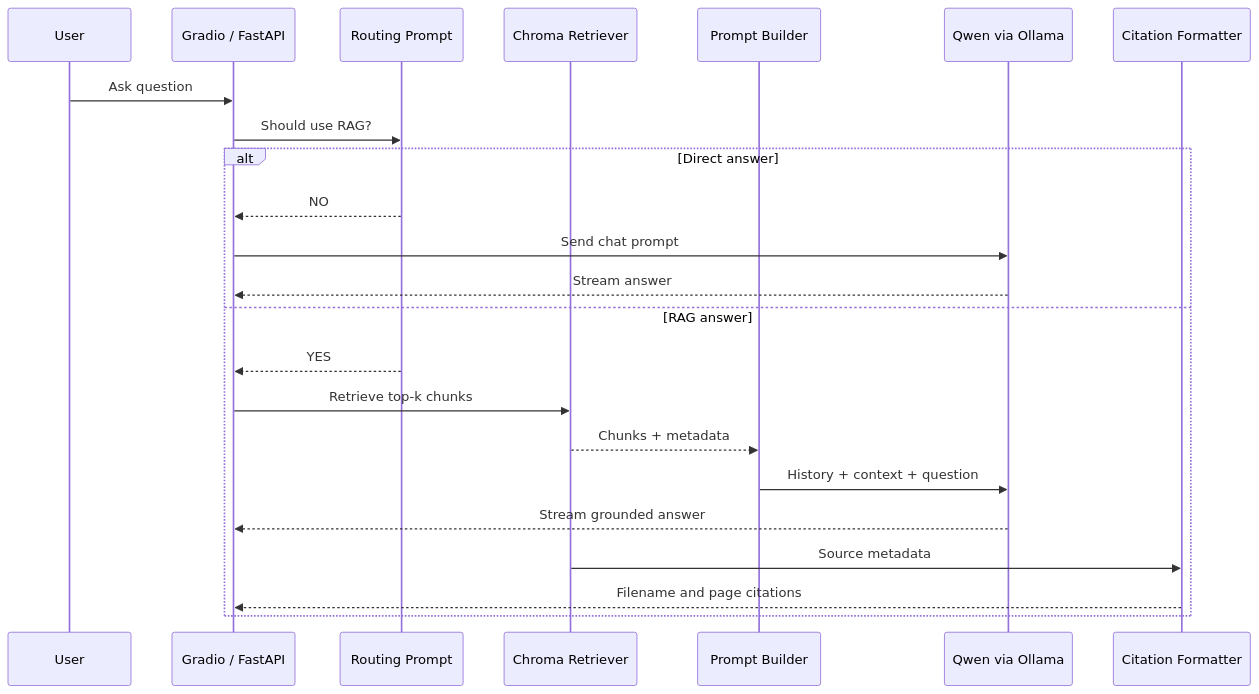
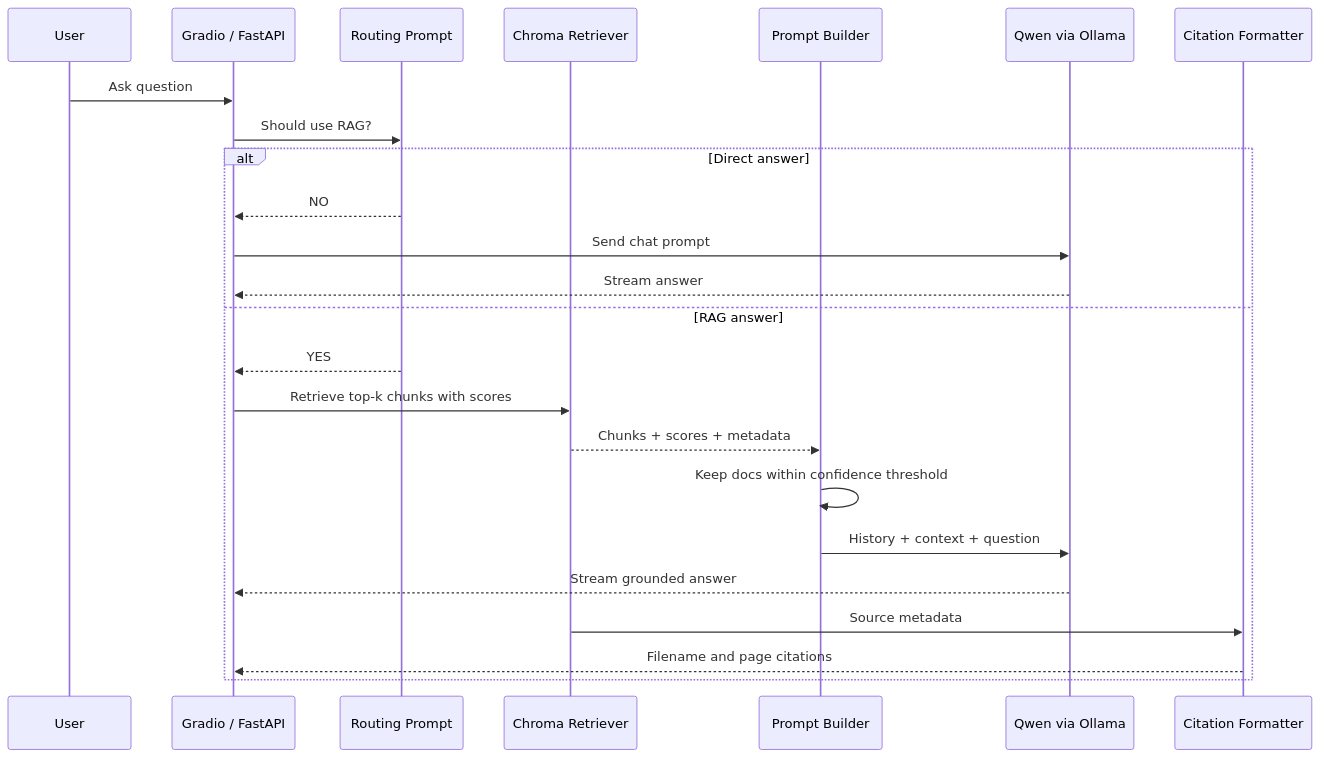
Before and after one commit to skdotv/mini-qwen-chat: the third of 3 diagrams in README.md, drawn with Mermaid. The commit also changed other lines of this file and 1 other file, not shown here.

Commit message:
feat: add retrieval scoring and confidence filtering

````diff
--- a/README.md
+++ b/README.md
@@ -157,26 +163,27 @@
 ```mermaid
 sequenceDiagram
     participant User as User
     participant UI as Gradio / FastAPI
     participant Router as Routing Prompt
     participant Retriever as Chroma Retriever
     participant Prompt as Prompt Builder
     participant LLM as Qwen via Ollama
     participant Cite as Citation Formatter
 
     User->>UI: Ask question
     UI->>Router: Should use RAG?
     alt Direct answer
         Router-->>UI: NO
         UI->>LLM: Send chat prompt
         LLM-->>UI: Stream answer
     else RAG answer
         Router-->>UI: YES
-        UI->>Retriever: Retrieve top-k chunks
-        Retriever-->>Prompt: Chunks + metadata
+        UI->>Retriever: Retrieve top-k chunks with scores
+        Retriever-->>Prompt: Chunks + scores + metadata
+        Prompt->>Prompt: Keep docs within confidence threshold
         Prompt->>LLM: History + context + question
         LLM-->>UI: Stream grounded answer
         Retriever->>Cite: Source metadata
         Cite-->>UI: Filename and page citations
     end
 ```
````
